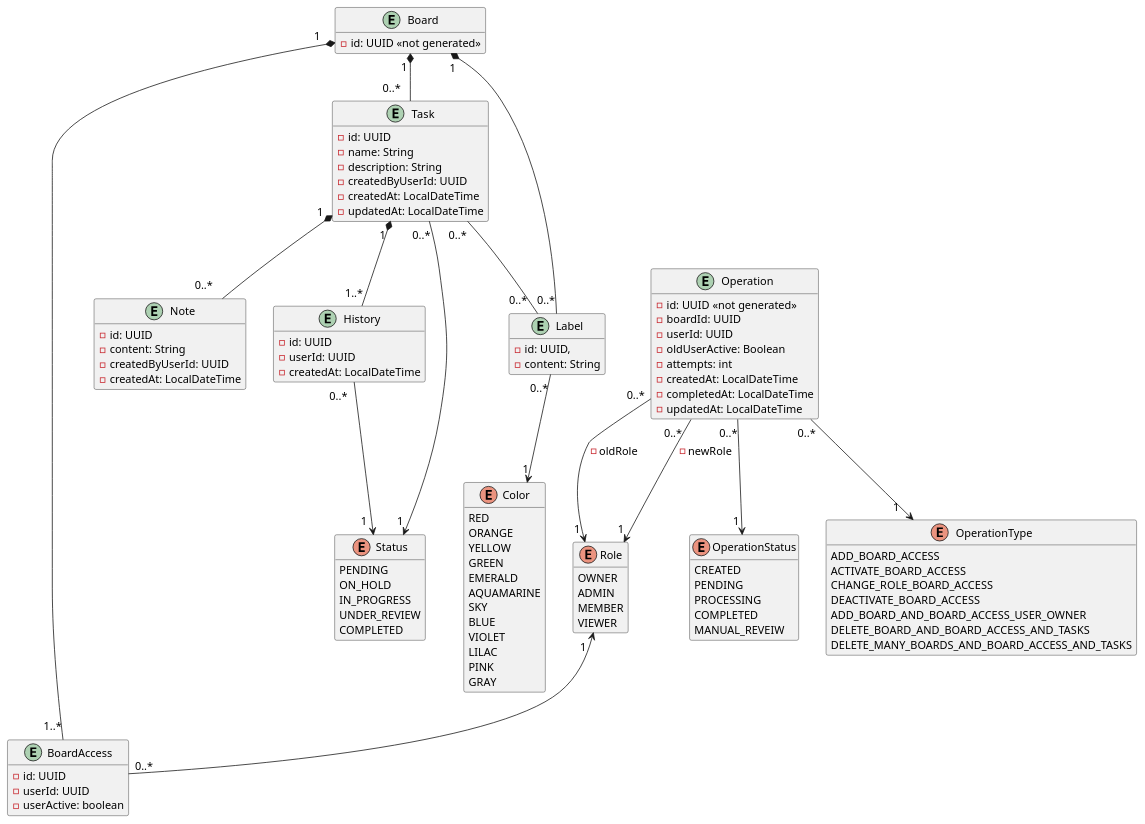
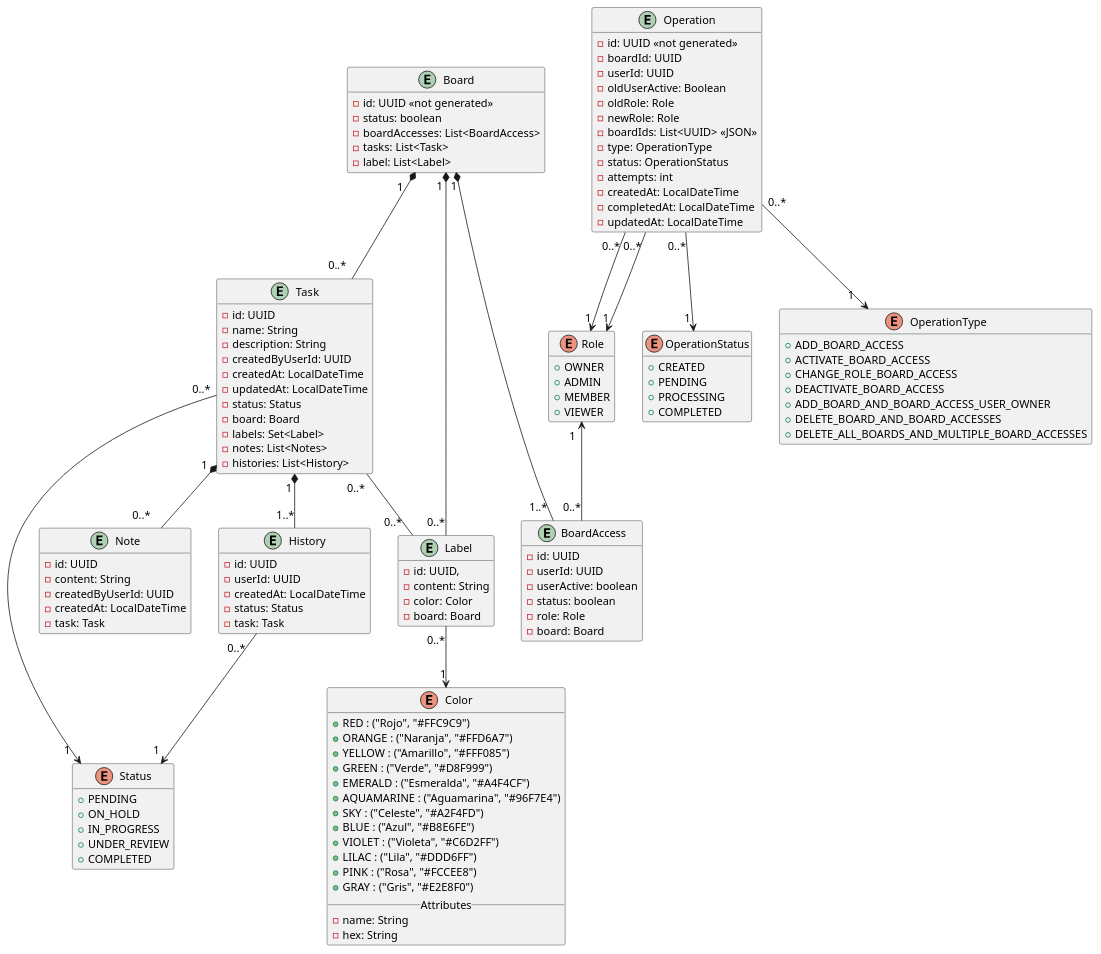
One commit to ArmandoEnrique1010K/TrelloMicroservices changed the diagram in assets/Workflow_diagram.puml. Above: the diagram before and after it, drawn with PlantUML. The commit also changed 6 other files, not shown here.

Commit message:
Actualice los diagramas UML de los 3 microservicios

```diff
--- a/assets/Workflow_diagram.puml
+++ b/assets/Workflow_diagram.puml
@@ -1,153 +1,178 @@
 @startuml Workflow
 hide methods
 skinparam ArrowFontSize 14
 
 ' =========================================================
 ' Datos provenientes indirectamente de PROJECT
 ' =========================================================
 
 ' OWNER representa al usuario administrador del workspace.
 '
 ' boardId hace referencia a un board administrado por
 ' PROJECT. No es una FK hacia una entidad Board de TASK.
 enum Role {
-  OWNER
-  ADMIN
-  MEMBER
-  VIEWER
+  + OWNER
+  + ADMIN
+  + MEMBER
+  + VIEWER
 }
 
 entity BoardAccess {
   - id: UUID
   - userId: UUID
   - userActive: boolean
+  'Estado del permiso de acceso
+  - status: boolean
+  - role: Role
+  - board: Board
 }
 
 
 'El ID de la entidad Board no es generado automaticamente, se
 'toma el ID del Board generado en el microservicio Project, es
 'por ello que se coloca <<not generated>>
 entity Board {
   - id: UUID <<not generated>>
+  - status: boolean
+  - boardAccesses: List<BoardAccess>
+  - tasks: List<Task>
+  - label: List<Label>
 }
 
 
 ' =========================================================
 ' Entidades propias de WORKFLOW
 ' =========================================================
 
 'El valor por defecto del estado es PENDING
 enum Status {
-  PENDING 
-  ON_HOLD
-  IN_PROGRESS
-  UNDER_REVIEW
-  COMPLETED
+  + PENDING 
+  + ON_HOLD
+  + IN_PROGRESS
+  + UNDER_REVIEW
+  + COMPLETED
 }
 
 entity Task {
   - id: UUID
   - name: String
   - description: String
   - createdByUserId: UUID
   - createdAt: LocalDateTime
   - updatedAt: LocalDateTime
+  - status: Status
+  - board: Board
+  - labels: Set<Label>
+  - notes: List<Notes>
+  - histories: List<History>
 }
 
 entity Label {
   - id: UUID,
   - content: String
+  - color: Color
+  - board: Board
 }
 
+'Cada uno de sus valores contienen 2 atributos
 enum Color {
-  RED
-  ORANGE
-  YELLOW
-  GREEN
-  EMERALD
-  AQUAMARINE
-  SKY
-  BLUE
-  VIOLET
-  LILAC
-  PINK
-  GRAY
+  + RED : ("Rojo", "#FFC9C9")
+  + ORANGE : ("Naranja", "#FFD6A7")
+  + YELLOW : ("Amarillo", "#FFF085")
+  + GREEN : ("Verde", "#D8F999")
+  + EMERALD : ("Esmeralda", "#A4F4CF")
+  + AQUAMARINE : ("Aguamarina", "#96F7E4")
+  + SKY : ("Celeste", "#A2F4FD")
+  + BLUE : ("Azul", "#B8E6FE")
+  + VIOLET : ("Violeta", "#C6D2FF")
+  + LILAC : ("Lila", "#DDD6FF")
+  + PINK : ("Rosa", "#FCCEE8")
+  + GRAY : ("Gris", "#E2E8F0")
+  __ Attributes __
+  - name: String
+  - hex: String
 }
 
 enum OperationStatus {
-  CREATED
-  PENDING
-  PROCESSING
-  COMPLETED
-  MANUAL_REVEIW
+  + CREATED
+  + PENDING
+  + PROCESSING
+  + COMPLETED
 }
 
 enum OperationType {
-  ADD_BOARD_ACCESS
-  ACTIVATE_BOARD_ACCESS
-  CHANGE_ROLE_BOARD_ACCESS
-  DEACTIVATE_BOARD_ACCESS
-  ADD_BOARD_AND_BOARD_ACCESS_USER_OWNER
-  DELETE_BOARD_AND_BOARD_ACCESS_AND_TASKS
-  DELETE_MANY_BOARDS_AND_BOARD_ACCESS_AND_TASKS
+  + ADD_BOARD_ACCESS
+  + ACTIVATE_BOARD_ACCESS
+  + CHANGE_ROLE_BOARD_ACCESS
+  + DEACTIVATE_BOARD_ACCESS
+  + ADD_BOARD_AND_BOARD_ACCESS_USER_OWNER
+  + DELETE_BOARD_AND_BOARD_ACCESSES
+  + DELETE_ALL_BOARDS_AND_MULTIPLE_BOARD_ACCESSES
 }
 
 entity Note {
   - id: UUID
   - content: String
   - createdByUserId: UUID
   - createdAt: LocalDateTime
+  - task: Task
 }
 
 
 ' Historial de estados de Task.
 ' Al crear una Task, se crea también su primer History.
 
 entity History {
   - id: UUID
   - userId: UUID
   - createdAt: LocalDateTime
+  - status: Status
+  - task: Task
 }
 
 
 'Operaciones realizadas
 entity Operation {
   - id: UUID <<not generated>>
   - boardId: UUID
   - userId: UUID
   - oldUserActive: Boolean
+  - oldRole: Role
+  - newRole: Role
+  - boardIds: List<UUID> <<JSON>>
+  - type: OperationType
+  - status: OperationStatus
   'El número de intentos se mide por cantidad y no por tipo de intentos: automatico o manual
   - attempts: int
   - createdAt: LocalDateTime
   - completedAt: LocalDateTime
   - updatedAt: LocalDateTime
 }
 
 
 ' =========================================================
 ' Relaciones
 ' =========================================================
 'Una tarea puede tener ninguno, 1 o varios labels diferentes
 Task "0..*  " -- "0..*  " Label
 Task "1 " *-- "0..*     " Note
 Task "1 " *-- " 1..*" History
-
-Task "0..*" --> "1 " Status
+Task "0..*" --> "1  " Status
 History " 0..*  " --> " 1  " Status
 
-Board "1   "*-----" 1..*" BoardAccess
-Board "1 " *-- "0..*   " Task
+Board "1"*---" 1..* " BoardAccess
+Board "1   " *-- "0..*   " Task
 BoardAccess "0..*"-up-> "1  " Role
 
 Board " 1 " *-- "0..*" Label
 
 Label "0..*" --> " 1" Color
  
 Operation "0..*" --> "1   " OperationType
 Operation "0..*" --> "1 " OperationStatus
-Operation "0..*" --> "1 " Role: - oldRole
-Operation "0..*  " --> "1 " Role: - newRole
+Operation "0..* " --> "1" Role
+Operation "0..* " --> "1" Role
 
 
 
 @enduml
```
